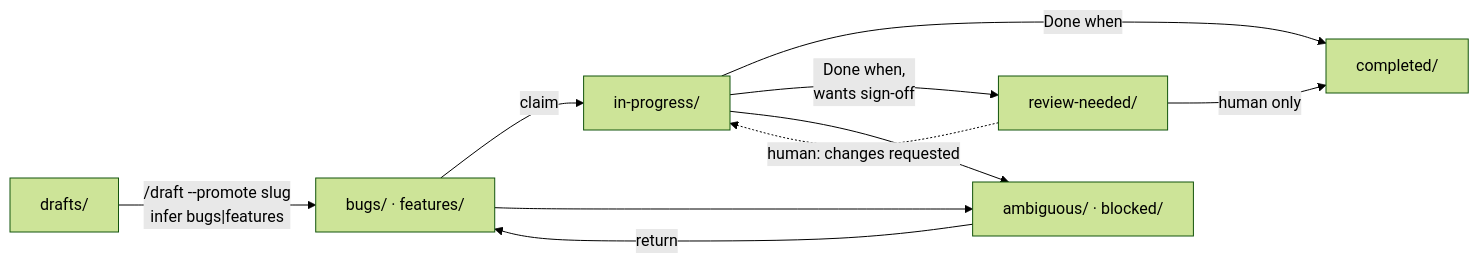
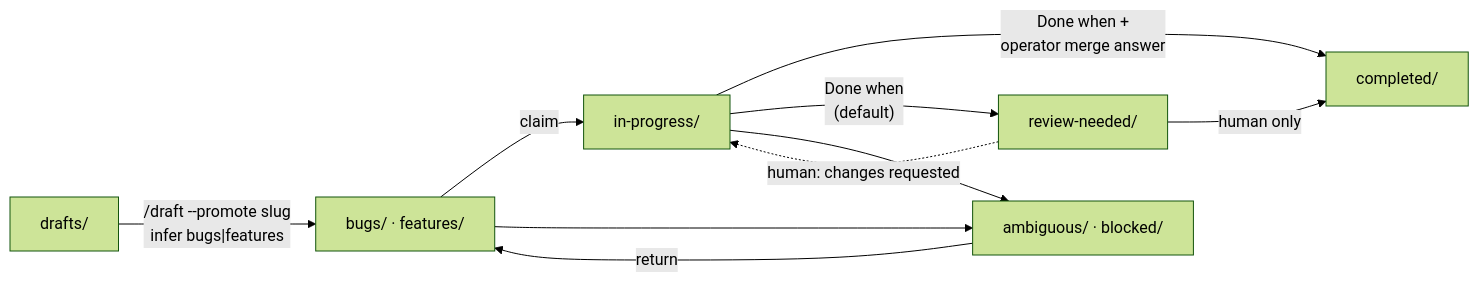
The third of 5 diagrams in docs/docs/doctrine.md (carefreeinv/anchor), drawn with Mermaid (forest theme) before and after one commit. The commit also changed other lines of this file and 27 other files, not shown here.

````diff
--- a/docs/docs/doctrine.md
+++ b/docs/docs/doctrine.md
@@ -78,19 +78,19 @@
 ```mermaid
 flowchart LR
   drafts["drafts/"]
   ready["bugs/ · features/"]
   prog["in-progress/"]
   review["review-needed/"]
   done["completed/"]
   park["ambiguous/ · blocked/"]
 
   drafts -->|"/draft --promote slug<br/>infer bugs|features"| ready
   ready -->|"claim"| prog
-  prog -->|"Done when"| done
-  prog -->|"Done when,<br/>wants sign-off"| review
+  prog -->|"Done when +<br/>operator merge answer"| done
+  prog -->|"Done when<br/>(default)"| review
   review -->|"human only"| done
   review -.->|"human: changes requested"| prog
   ready --> park
   prog --> park
   park -->|"return"| ready
 ```
````
